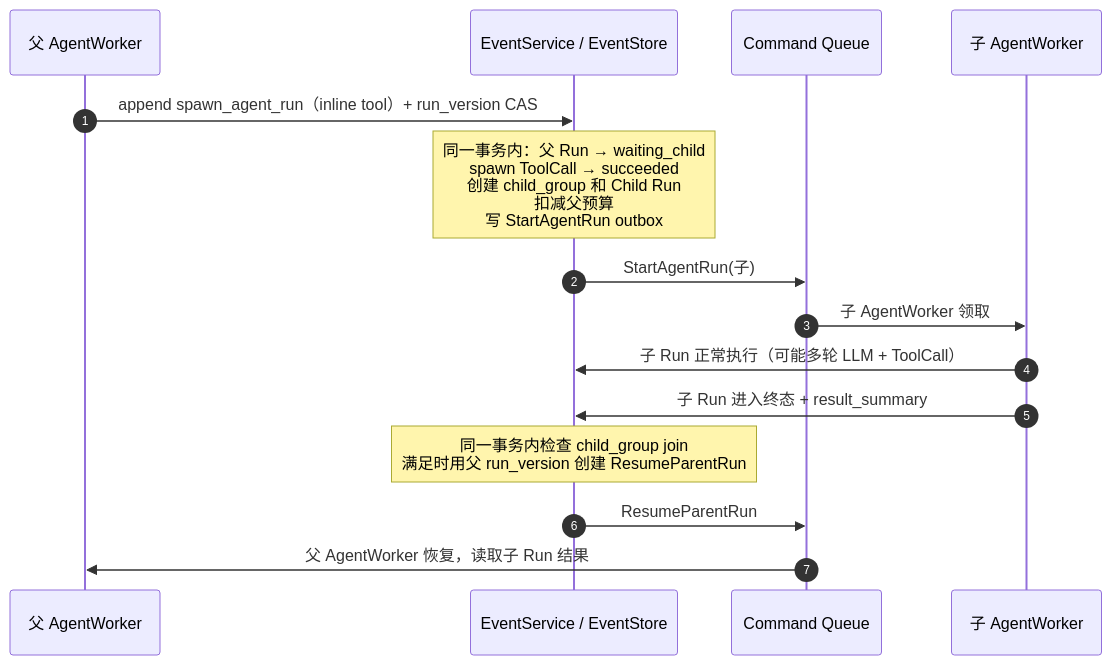
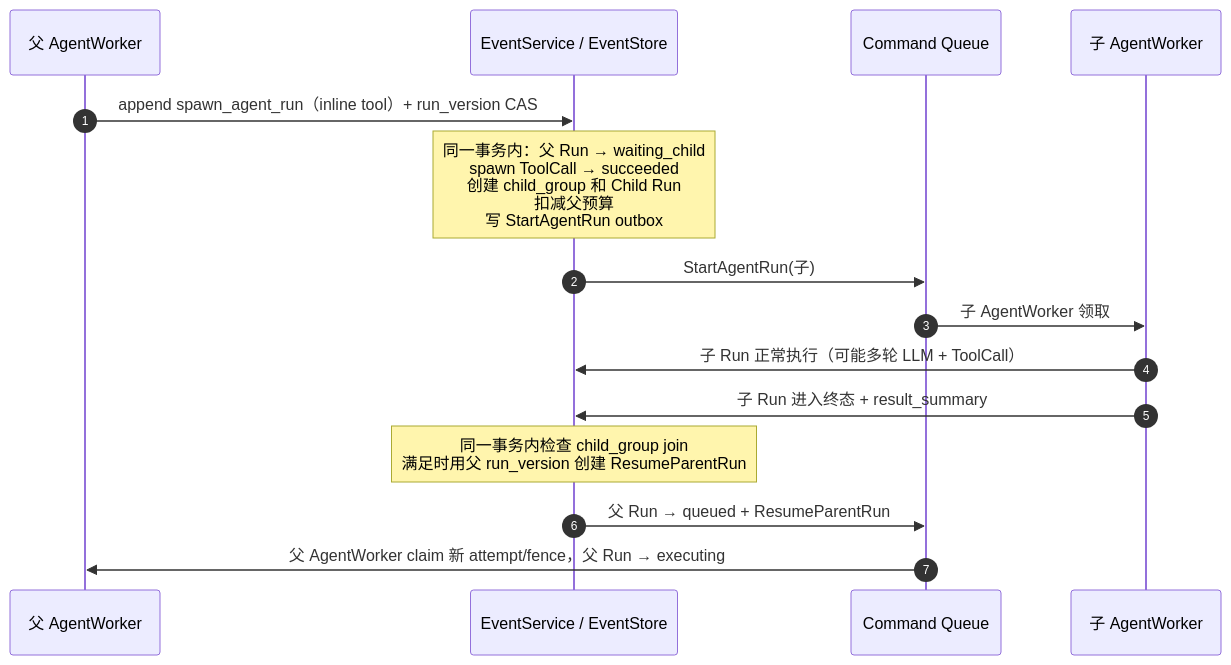
One commit to erweixin/langshift.dev changed the first of 3 diagrams in docs/orchestration-patterns.md. Above: the diagram before and after it, drawn with Mermaid. The commit also changed other lines of this file and 12 other files, not shown here.

````diff
--- a/docs/orchestration-patterns.md
+++ b/docs/orchestration-patterns.md
@@ -84,20 +84,20 @@
 ```mermaid
 sequenceDiagram
   autonumber
   participant P as 父 AgentWorker
   participant ES as EventService / EventStore
   participant Q as Command Queue
   participant C as 子 AgentWorker
 
   P->>ES: append spawn_agent_run（inline tool）+ run_version CAS
   Note over ES: 同一事务内：父 Run → waiting_child<br/>spawn ToolCall → succeeded<br/>创建 child_group 和 Child Run<br/>扣减父预算<br/>写 StartAgentRun outbox
   ES->>Q: StartAgentRun(子)
   Q->>C: 子 AgentWorker 领取
 
   C->>ES: 子 Run 正常执行（可能多轮 LLM + ToolCall）
   C->>ES: 子 Run 进入终态 + result_summary
   Note over ES: 同一事务内检查 child_group join<br/>满足时用父 run_version 创建 ResumeParentRun
 
-  ES->>Q: ResumeParentRun
-  Q->>P: 父 AgentWorker 恢复，读取子 Run 结果
+  ES->>Q: 父 Run → queued + ResumeParentRun
+  Q->>P: 父 AgentWorker claim 新 attempt/fence，父 Run → executing
 ```
````
